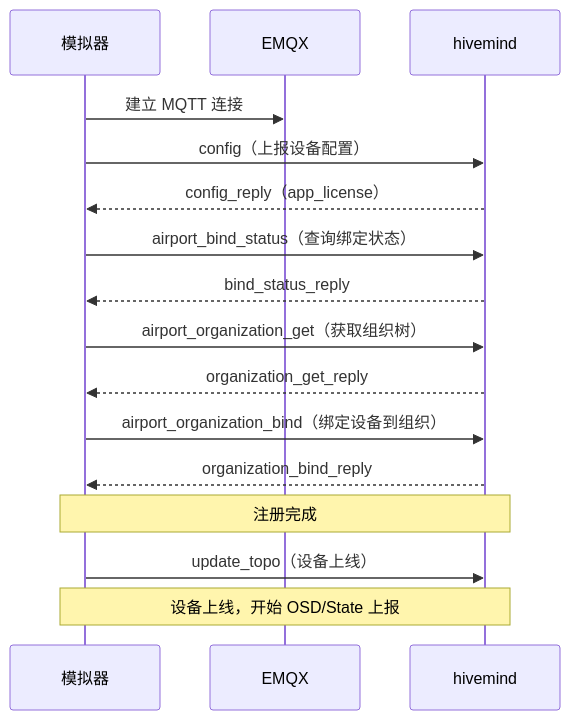
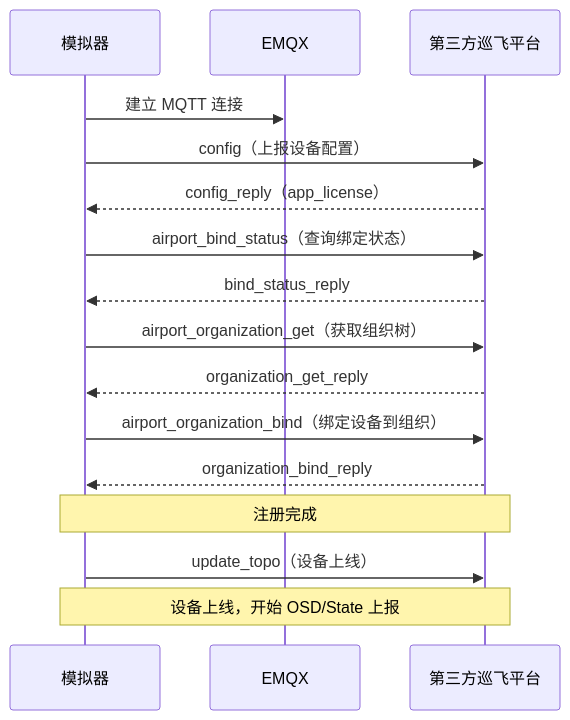
One commit to cdmiltd/hivemind-simulator changed the second of 2 diagrams in README.md. Above: the diagram before and after it, drawn with Mermaid. The commit also changed other lines of this file, not shown here.

Commit message:
docs: README 架构图和注册流程图中 hivemind 统一改为第三方巡飞平台

````diff
--- a/README.md
+++ b/README.md
@@ -98,19 +98,19 @@
 ```mermaid
 sequenceDiagram
     participant 模拟器
     participant EMQX
-    participant hivemind
+    participant 第三方巡飞平台
 
     模拟器->>EMQX: 建立 MQTT 连接
-    模拟器->>hivemind: config（上报设备配置）
-    hivemind-->>模拟器: config_reply（app_license）
-    模拟器->>hivemind: airport_bind_status（查询绑定状态）
-    hivemind-->>模拟器: bind_status_reply
-    模拟器->>hivemind: airport_organization_get（获取组织树）
-    hivemind-->>模拟器: organization_get_reply
-    模拟器->>hivemind: airport_organization_bind（绑定设备到组织）
-    hivemind-->>模拟器: organization_bind_reply
-    Note over 模拟器,hivemind: 注册完成
-    模拟器->>hivemind: update_topo（设备上线）
-    Note over 模拟器,hivemind: 设备上线，开始 OSD/State 上报
+    模拟器->>第三方巡飞平台: config（上报设备配置）
+    第三方巡飞平台-->>模拟器: config_reply（app_license）
+    模拟器->>第三方巡飞平台: airport_bind_status（查询绑定状态）
+    第三方巡飞平台-->>模拟器: bind_status_reply
+    模拟器->>第三方巡飞平台: airport_organization_get（获取组织树）
+    第三方巡飞平台-->>模拟器: organization_get_reply
+    模拟器->>第三方巡飞平台: airport_organization_bind（绑定设备到组织）
+    第三方巡飞平台-->>模拟器: organization_bind_reply
+    Note over 模拟器,第三方巡飞平台: 注册完成
+    模拟器->>第三方巡飞平台: update_topo（设备上线）
+    Note over 模拟器,第三方巡飞平台: 设备上线，开始 OSD/State 上报
 ```
````
